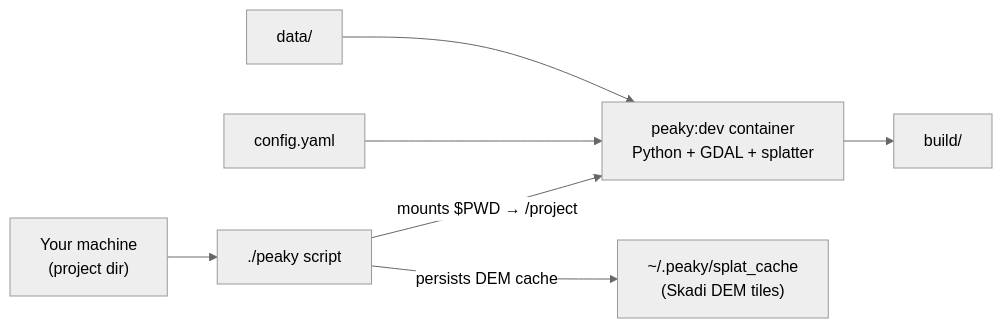
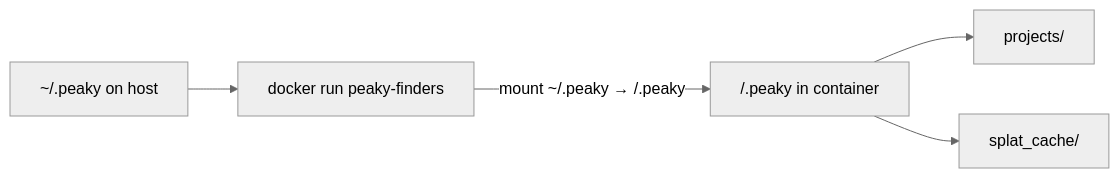
Before and after one commit to MeshEnvy/peaky-finders: the diagram in README.md, drawn with Mermaid (neutral theme). The commit also changed other lines of this file, not shown here.

Commit message:
docs: end-user peaky-finders docker workflow

````diff
--- a/README.md
+++ b/README.md
@@ -22,17 +38,13 @@
 ```mermaid
 flowchart LR
-  host["Your machine\n(project dir)"]
-  peakyScript["./peaky script"]
-  container["peaky:dev container\nPython + GDAL + splatter"]
-  config["config.yaml"]
-  data["data/"]
-  build["build/"]
-  cache["~/.peaky/splat_cache\n(Skadi DEM tiles)"]
+  host["~/.peaky on host"]
+  docker["docker run peaky-finders"]
+  container["/.peaky in container"]
+  projects["projects/"]
+  cache["splat_cache/"]
 
-  host --> peakyScript
-  peakyScript -->|"mounts $PWD → /project"| container
-  peakyScript -->|"persists DEM cache"| cache
-  config --> container
-  data --> container
-  container --> build
+  host --> docker
+  docker -->|"mount ~/.peaky → /.peaky"| container
+  container --> projects
+  container --> cache
 ```
````
